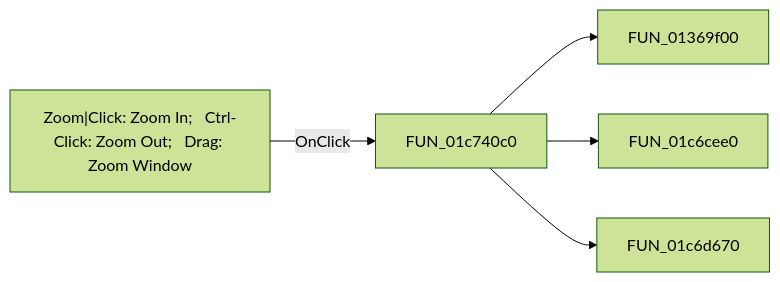
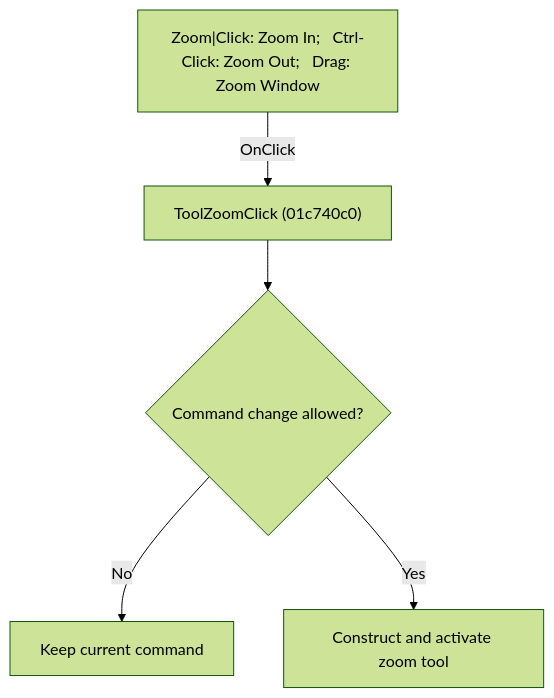
One commit to MovGP0/TIARA changed the diagram in docs/ui-controls/schematiceditor/toolzoom-ac42f9cc96.md. Above: the diagram before and after it, drawn with Mermaid (forest theme). The commit also changed other lines of this file and 1062 other files, not shown here.

````diff
--- a/docs/ui-controls/schematiceditor/toolzoom-ac42f9cc96.md
+++ b/docs/ui-controls/schematiceditor/toolzoom-ac42f9cc96.md
@@ -27,7 +27,7 @@
 ```mermaid
-flowchart LR
-    control["Zoom|Click: Zoom In;   Ctrl-Click: Zoom Out;   Drag: Zoom Window"] -->|OnClick| handler["FUN_01c740c0"]
-    handler --> call1["FUN_01369f00"]
-    handler --> call2["FUN_01c6cee0"]
-    handler --> call3["FUN_01c6d670"]
+flowchart TD
+    control["Zoom|Click: Zoom In;   Ctrl-Click: Zoom Out;   Drag: Zoom Window"] -->|"OnClick"| handler["ToolZoomClick (01c740c0)"]
+    handler --> guard{"Command change allowed?"}
+    guard -->|"No"| noChange["Keep current command"]
+    guard -->|"Yes"| action["Construct and activate zoom tool"]
 ```
````
